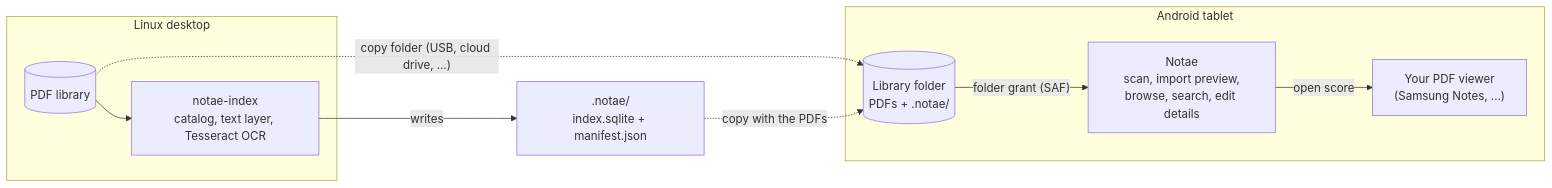
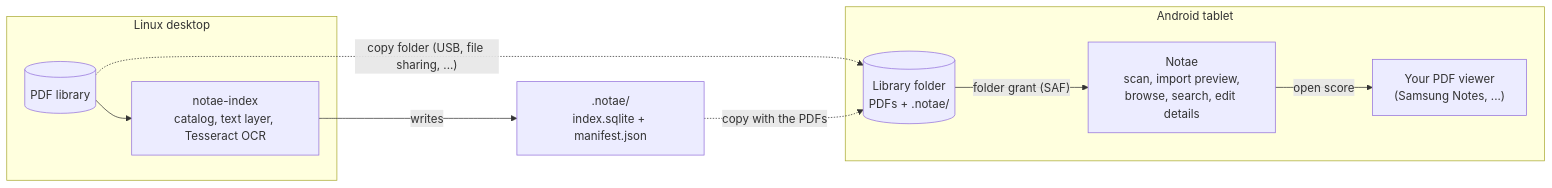
One commit to eRgo35/notae changed the diagram in README.md. Above: the diagram before and after it, drawn with Mermaid. The commit also changed other lines of this file and 1 other file, not shown here.

First line of the commit message:
docs(readme): add hero, badges, screenshots gallery, install and architecture

````diff
--- a/README.md
+++ b/README.md
@@ -119,20 +109,20 @@
 ```mermaid
 flowchart LR
     subgraph desktop["Linux desktop"]
         pdfs[("PDF library")]
         idx["notae-index<br/>catalog, text layer, Tesseract OCR"]
         pdfs --> idx
     end
 
     idx -->|writes| sidecar[".notae/<br/>index.sqlite + manifest.json"]
-    pdfs -. "copy folder (USB, cloud drive, ...)" .-> tablet_files
+    pdfs -. "copy folder (USB, file sharing, ...)" .-> tablet_files
     sidecar -. "copy with the PDFs" .-> tablet_files
 
     subgraph tablet["Android tablet"]
         tablet_files[("Library folder<br/>PDFs + .notae/")]
         app["Notae<br/>scan, import preview,<br/>browse, search, edit details"]
         viewer["Your PDF viewer<br/>(Samsung Notes, ...)"]
         tablet_files -->|"folder grant (SAF)"| app
         app -->|"open score"| viewer
     end
 ```
````
